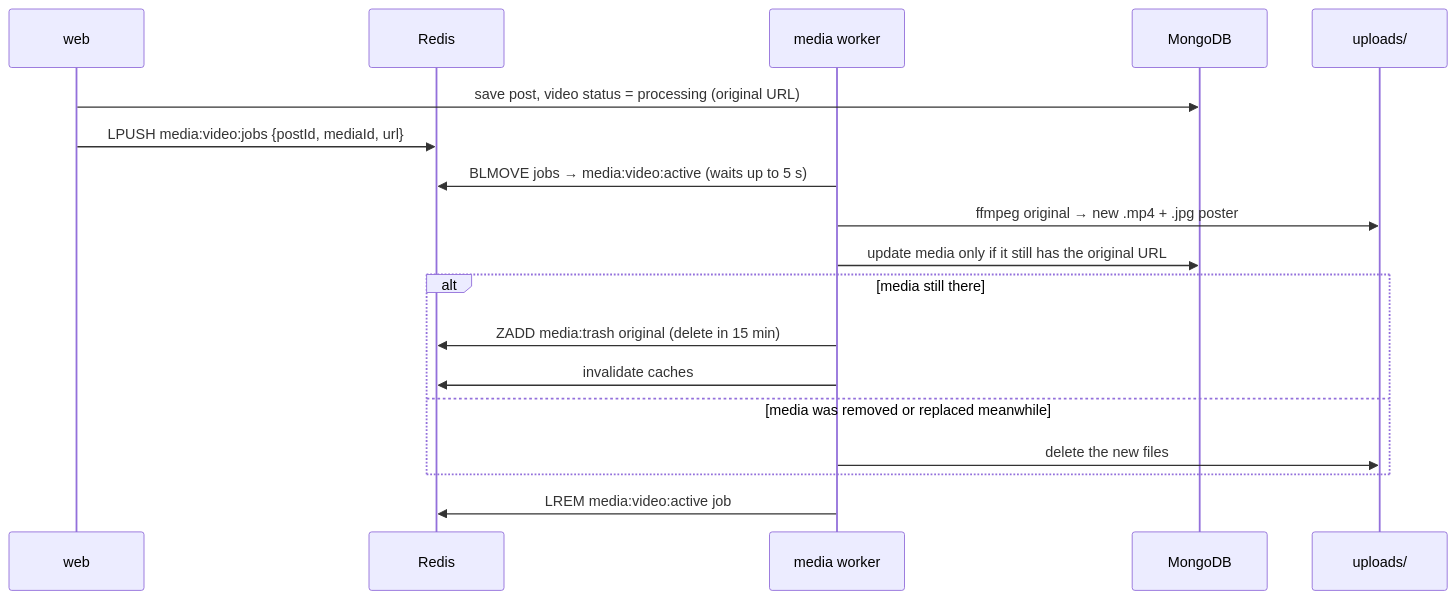
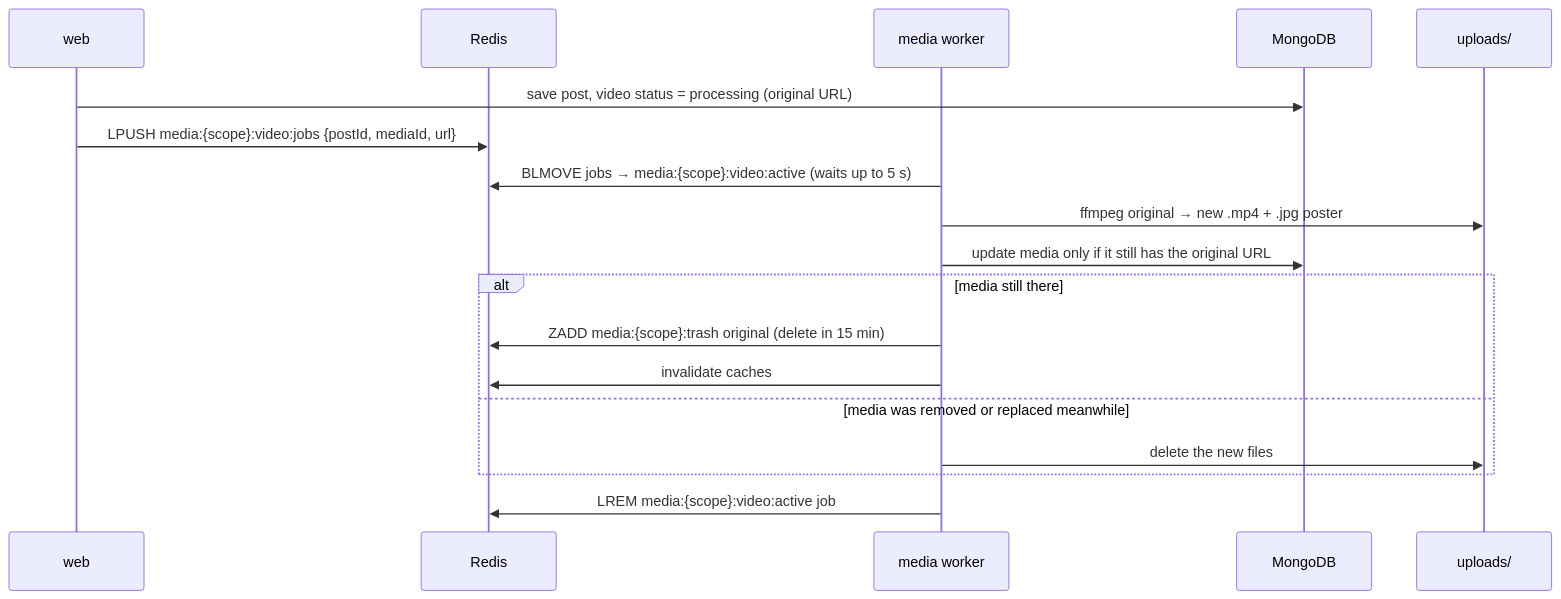
The second of 3 diagrams in docs/MEDIA.md (AkioCkist/Oremus), drawn with Mermaid before and after one commit. The commit also changed other lines of this file and 34 other files, not shown here.

````diff
--- a/docs/MEDIA.md
+++ b/docs/MEDIA.md
@@ -75,20 +75,20 @@
 ```mermaid
 sequenceDiagram
   participant W as web
   participant R as Redis
   participant M as media worker
   participant DB as MongoDB
   participant FS as uploads/
   W->>DB: save post, video status = processing (original URL)
-  W->>R: LPUSH media:video:jobs {postId, mediaId, url}
-  M->>R: BLMOVE jobs → media:video:active (waits up to 5 s)
+  W->>R: LPUSH media:{scope}:video:jobs {postId, mediaId, url}
+  M->>R: BLMOVE jobs → media:{scope}:video:active (waits up to 5 s)
   M->>FS: ffmpeg original → new .mp4 + .jpg poster
   M->>DB: update media only if it still has the original URL
   alt media still there
-    M->>R: ZADD media:trash original (delete in 15 min)
+    M->>R: ZADD media:{scope}:trash original (delete in 15 min)
     M->>R: invalidate caches
   else media was removed or replaced meanwhile
     M->>FS: delete the new files
   end
-  M->>R: LREM media:video:active job
+  M->>R: LREM media:{scope}:video:active job
 ```
````
